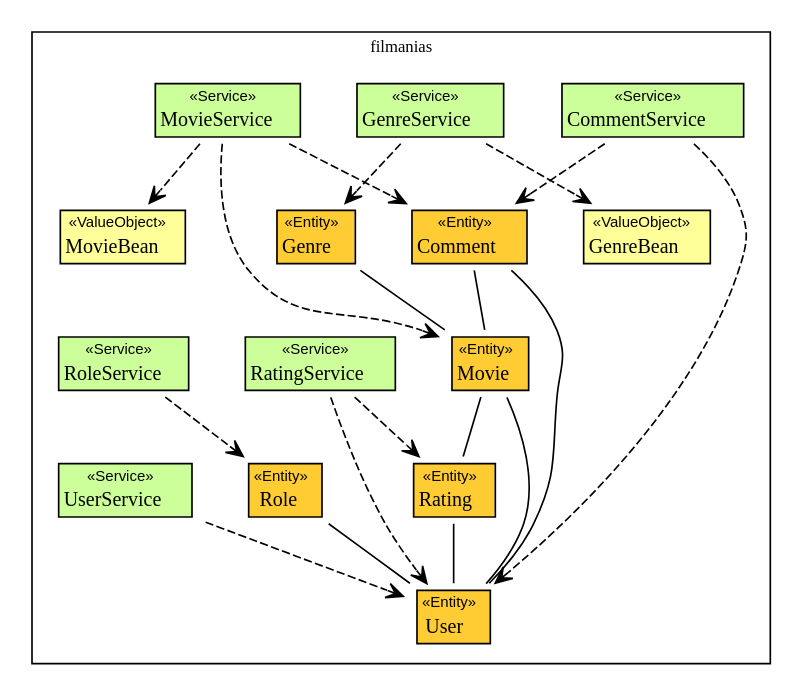
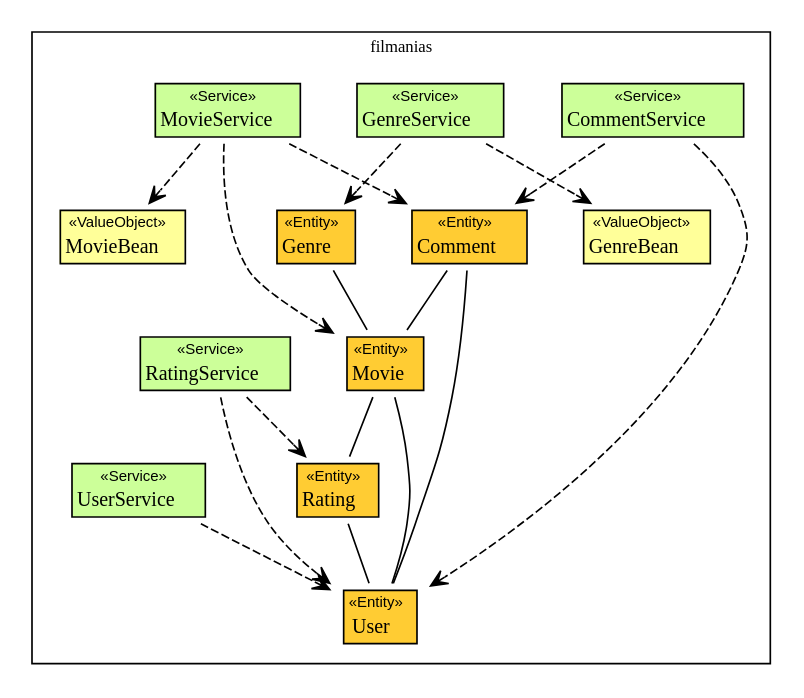
One commit to keymaker369/filmanias changed the diagram in project-filmanias/filmanias/src/generated/resources/umlgraph-overview.dot. Above: the diagram before and after it, drawn with Graphviz. The commit also changed 196 other files, not shown here.

```diff
--- a/project-filmanias/filmanias/src/generated/resources/umlgraph-overview.dot
+++ b/project-filmanias/filmanias/src/generated/resources/umlgraph-overview.dot
@@ -48,14 +48,6 @@
 	<table border="0" cellspacing="1" cellpadding="1">
 		<tr><td> &laquo;Service&raquo; </td></tr>
 		<tr><td><font face="arialbd"  point-size="12.0"> RatingService </font></td></tr>
-	</table></td></tr>
-	</table>>, fontname="arial", fontcolor="black", fontsize=9.0];
-
-	RoleService [label=<<table border="0" cellborder="1" cellspacing="0" cellpadding="0" port="p" bgcolor="#CCFF99" >
-	<tr><td>
-	<table border="0" cellspacing="1" cellpadding="1">
-		<tr><td> &laquo;Service&raquo; </td></tr>
-		<tr><td><font face="arialbd"  point-size="12.0"> RoleService </font></td></tr>
 	</table></td></tr>
 	</table>>, fontname="arial", fontcolor="black", fontsize=9.0];
 
@@ -155,18 +147,6 @@
 
 
 
-	Role [label=<<table border="0" cellborder="1" cellspacing="0" cellpadding="0" port="p" bgcolor="#FFCC33">
-	<tr><td>
-	<table border="0" cellspacing="1" cellpadding="1">
-		<tr><td> &laquo;Entity&raquo; </td></tr>
-		<tr><td><font face="arialbd"  point-size="12.0"> Role </font></td></tr>
-	</table></td></tr>
-	
-	
-	
-	
-	</table>>, fontname="arial", fontcolor="black", fontsize=9.0];
-
 
 
 	User [label=<<table border="0" cellborder="1" cellspacing="0" cellpadding="0" port="p" bgcolor="#FFCC33">
@@ -219,19 +199,8 @@
 	
 		Rating -> User
 
-	    	edge [arrowtail="none" arrowhead = "none" headlabel="" taillabel="" labeldistance="2.0" labelangle="-30"]
-	
-		Role -> User
-
 		
 			
-	
-		edge [arrowtail="none" arrowhead = "open" headlabel = "" taillabel = "" style = "dashed"]
-		
-				RoleService -> Role
-		
-	
-
 	
 		edge [arrowtail="none" arrowhead = "open" headlabel = "" taillabel = "" style = "dashed"]
 		
```
